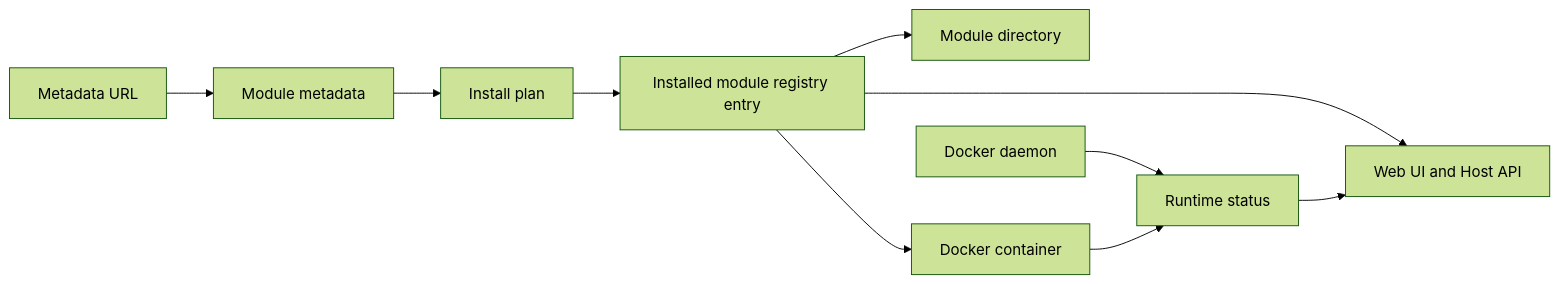
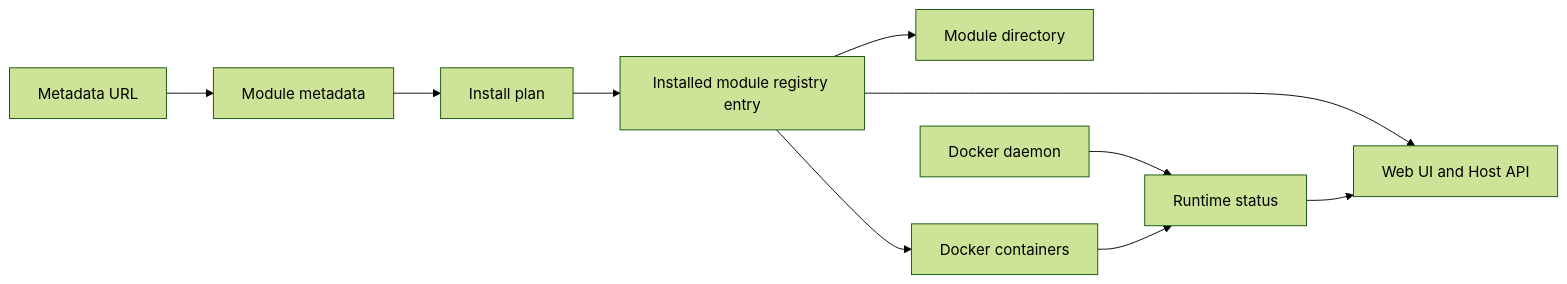
The diagram in docs/features/domain-model.md (alex-de-haas/docker-host), drawn with Mermaid (forest theme) before and after one commit. The commit also changed other lines of this file and 46 other files, not shown here.

````diff
--- a/docs/features/domain-model.md
+++ b/docs/features/domain-model.md
@@ -29,12 +29,12 @@
 ```mermaid
 flowchart LR
   A["Metadata URL"] --> B["Module metadata"]
   B --> C["Install plan"]
   C --> D["Installed module registry entry"]
   D --> E["Module directory"]
-  D --> F["Docker container"]
+  D --> F["Docker containers"]
   G["Docker daemon"] --> H["Runtime status"]
   F --> H
   D --> I["Web UI and Host API"]
   H --> I
 ```
````
